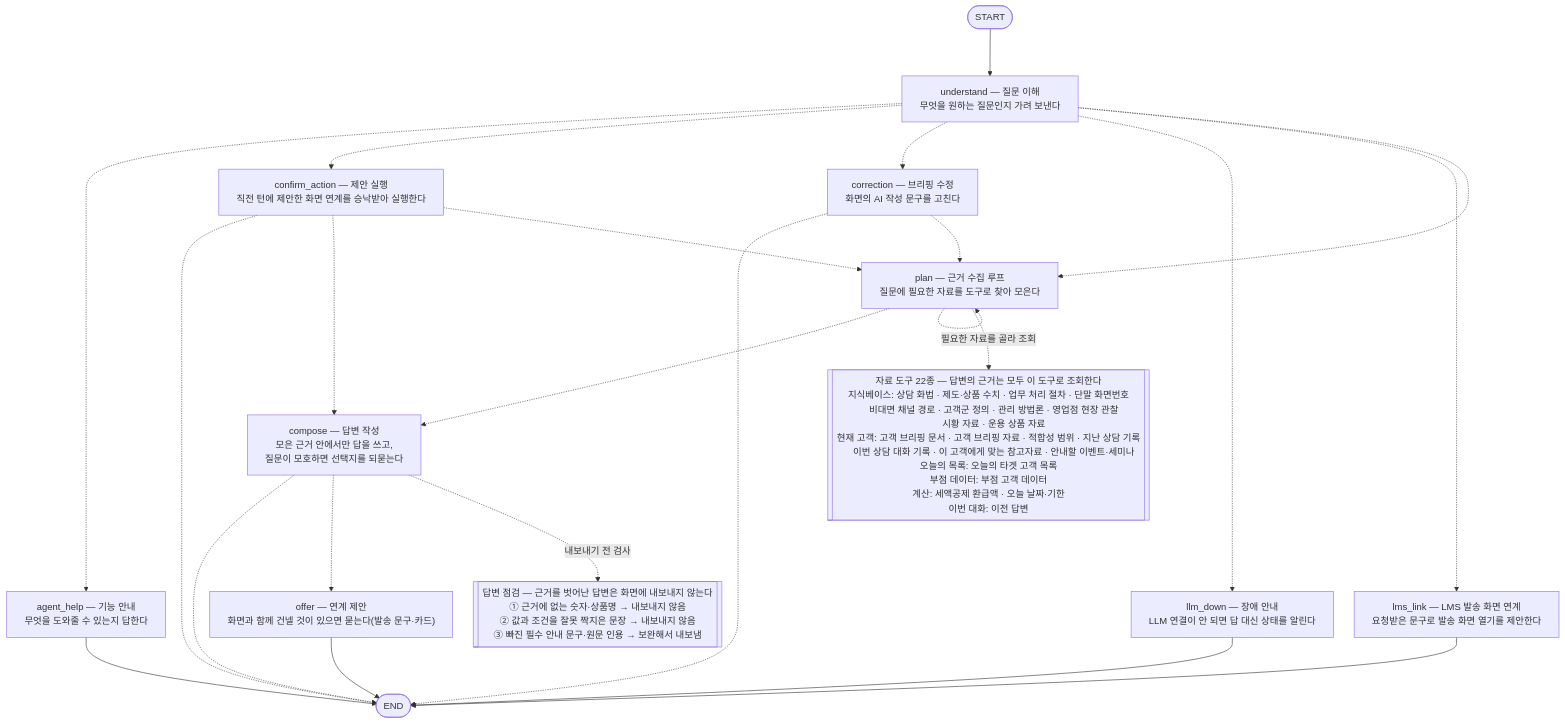
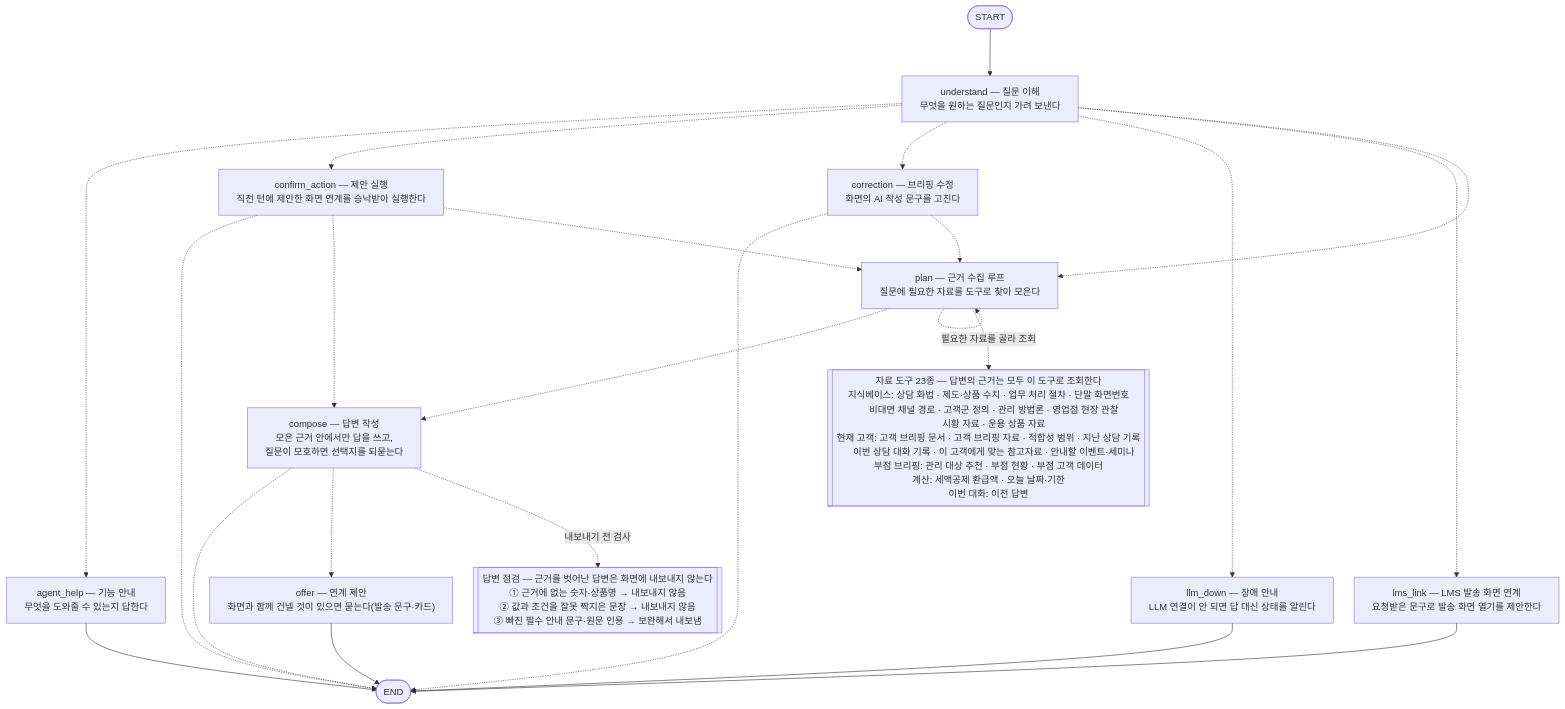
The diagram in src/README.md (09sunwoo-a/Pension_agent), drawn with Mermaid before and after one commit. The commit also changed other lines of this file and 37 other files, not shown here.

````diff
--- a/src/README.md
+++ b/src/README.md
@@ -200,39 +201,39 @@
 ```mermaid
 %%{init: {"flowchart": {"wrappingWidth": 800, "nodeSpacing": 35, "rankSpacing": 80}}}%%
 flowchart TD
     __start__([START])
     understand["understand — 질문 이해<br/>무엇을 원하는 질문인지 가려 보낸다"]
     agent_help["agent_help — 기능 안내<br/>무엇을 도와줄 수 있는지 답한다"]
     plan["plan — 근거 수집 루프<br/>질문에 필요한 자료를 도구로 찾아 모은다"]
     compose["compose — 답변 작성<br/>모은 근거 안에서만 답을 쓰고,<br/>질문이 모호하면 선택지를 되묻는다"]
     lms_link["lms_link — LMS 발송 화면 연계<br/>요청받은 문구로 발송 화면 열기를 제안한다"]
     correction["correction — 브리핑 수정<br/>화면의 AI 작성 문구를 고친다"]
     llm_down["llm_down — 장애 안내<br/>LLM 연결이 안 되면 답 대신 상태를 알린다"]
     confirm_action["confirm_action — 제안 실행<br/>직전 턴에 제안한 화면 연계를 승낙받아 실행한다"]
     offer["offer — 연계 제안<br/>화면과 함께 건넬 것이 있으면 묻는다(발송 문구·카드)"]
     __end__([END])
     __start__ --> understand
     compose -.-> __end__
     compose -.-> offer
     confirm_action -.-> __end__
     confirm_action -.-> compose
     confirm_action -.-> plan
     correction -.-> __end__
     correction -.-> plan
     plan -.-> compose
     plan -.-> plan
     understand -.-> agent_help
     understand -.-> confirm_action
     understand -.-> correction
     understand -.-> llm_down
     understand -.-> lms_link
     understand -.-> plan
     agent_help --> __end__
     llm_down --> __end__
     lms_link --> __end__
     offer --> __end__
-    tools[["자료 도구 22종 — 답변의 근거는 모두 이 도구로 조회한다<br/>지식베이스: 상담 화법 · 제도·상품 수치 · 업무 처리 절차 · 단말 화면번호<br/>&nbsp;&nbsp;&nbsp;&nbsp;비대면 채널 경로 · 고객군 정의 · 관리 방법론 · 영업점 현장 관찰<br/>&nbsp;&nbsp;&nbsp;&nbsp;시황 자료 · 운용 상품 자료<br/>현재 고객: 고객 브리핑 문서 · 고객 브리핑 자료 · 적합성 범위 · 지난 상담 기록<br/>&nbsp;&nbsp;&nbsp;&nbsp;이번 상담 대화 기록 · 이 고객에게 맞는 참고자료 · 안내할 이벤트·세미나<br/>오늘의 목록: 오늘의 타겟 고객 목록<br/>부점 데이터: 부점 고객 데이터<br/>계산: 세액공제 환급액 · 오늘 날짜·기한<br/>이번 대화: 이전 답변"]]
+    tools[["자료 도구 23종 — 답변의 근거는 모두 이 도구로 조회한다<br/>지식베이스: 상담 화법 · 제도·상품 수치 · 업무 처리 절차 · 단말 화면번호<br/>&nbsp;&nbsp;&nbsp;&nbsp;비대면 채널 경로 · 고객군 정의 · 관리 방법론 · 영업점 현장 관찰<br/>&nbsp;&nbsp;&nbsp;&nbsp;시황 자료 · 운용 상품 자료<br/>현재 고객: 고객 브리핑 문서 · 고객 브리핑 자료 · 적합성 범위 · 지난 상담 기록<br/>&nbsp;&nbsp;&nbsp;&nbsp;이번 상담 대화 기록 · 이 고객에게 맞는 참고자료 · 안내할 이벤트·세미나<br/>부점 브리핑: 관리 대상 추천 · 부점 현황 · 부점 고객 데이터<br/>계산: 세액공제 환급액 · 오늘 날짜·기한<br/>이번 대화: 이전 답변"]]
     plan -. "필요한 자료를 골라 조회" .-> tools
     gates[["답변 점검 — 근거를 벗어난 답변은 화면에 내보내지 않는다<br/>① 근거에 없는 숫자·상품명 → 내보내지 않음<br/>② 값과 조건을 잘못 짝지은 문장 → 내보내지 않음<br/>③ 빠진 필수 안내 문구·원문 인용 → 보완해서 내보냄"]]
     compose -. "내보내기 전 검사" .-> gates
 ```
````
